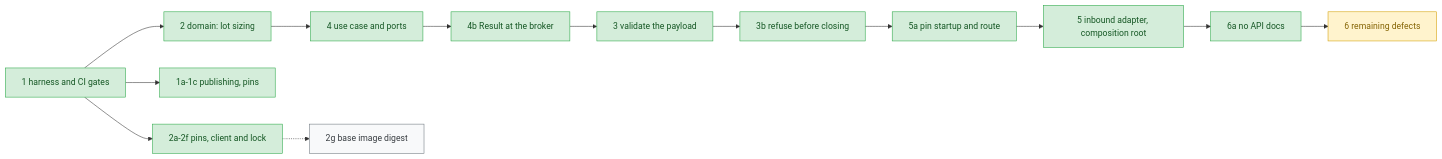
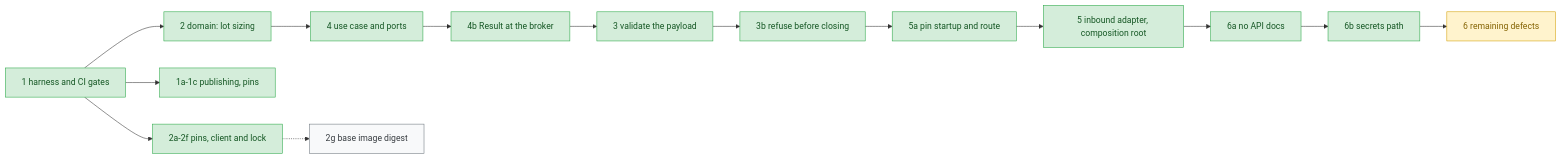
Before and after one commit to Akinzou/TradeLockerBot: the diagram in docs/migration-roadmap.md, drawn with Mermaid. The commit also changed other lines of this file and 6 other files, not shown here.

````diff
--- a/docs/migration-roadmap.md
+++ b/docs/migration-roadmap.md
@@ -32,21 +33,22 @@
 ```mermaid
 flowchart LR
     S1[1 harness and CI gates] --> S2[2 domain: lot sizing]
     S1 --> S1abc[1a-1c publishing, pins]
     S1 --> S2af[2a-2f pins, client and lock]
     S2 --> S4[4 use case and ports]
     S4 --> S4b[4b Result at the broker]
     S4b --> S3[3 validate the payload]
     S3 --> S3b[3b refuse before closing]
     S3b --> S5a[5a pin startup and route]
     S5a --> S5[5 inbound adapter, composition root]
     S5 --> S6a[6a no API docs]
-    S6a --> S6[6 remaining defects]
+    S6a --> S6b[6b secrets path]
+    S6b --> S6[6 remaining defects]
     S2af -.-> S2g[2g base image digest]
     classDef done fill:#d4edda,stroke:#28a745,color:#155724
     classDef next fill:#fff3cd,stroke:#d39e00,color:#856404
     classDef todo fill:#f8f9fa,stroke:#6c757d,color:#383d41
-    class S1,S1abc,S2,S2af,S4,S4b,S3,S3b,S5a,S5,S6a done
+    class S1,S1abc,S2,S2af,S4,S4b,S3,S3b,S5a,S5,S6a,S6b done
     class S6 next
     class S2g todo
 ```
````
